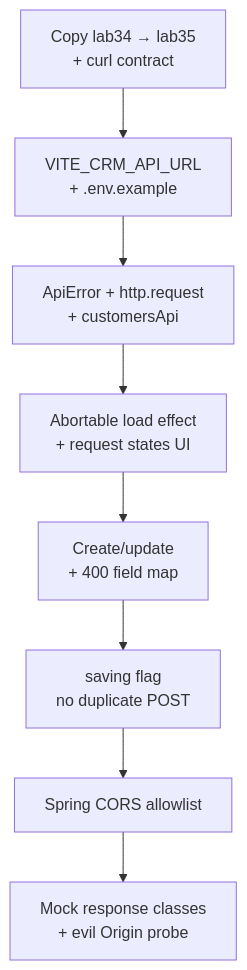
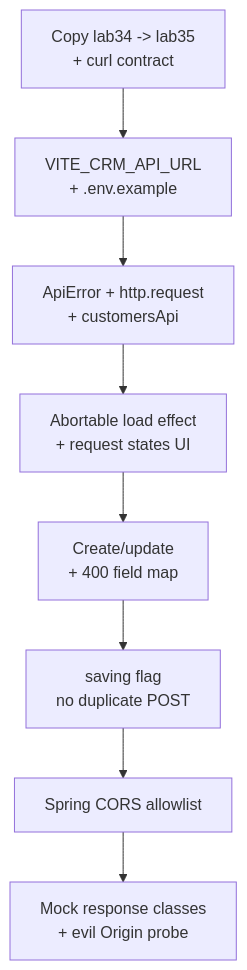
Before and after one commit to pupilliluke/bc-sw-engineer-java-participant: the second of 2 diagrams in labs/Week 4 - Kafka, React, PostgreSQL and Resilience/module-35/lab35/LAB-35-GUIDE.md, drawn with Mermaid. The commit also changed other lines of this file and 55 other files, not shown here.

Commit message:
Stop publishing local screenshots; harden Mermaid for GitHub; sync only tracked lab files.

````diff
--- a/labs/Week 4 - Kafka, React, PostgreSQL and Resilience/module-35/lab35/LAB-35-GUIDE.md
+++ b/labs/Week 4 - Kafka, React, PostgreSQL and Resilience/module-35/lab35/LAB-35-GUIDE.md
@@ -98,10 +98,10 @@
 ```mermaid
 flowchart TD
-    A["Copy lab34 → lab35<br/>+ curl contract"] --> B["VITE_CRM_API_URL<br/>+ .env.example"]
+    A["Copy lab34 -> lab35<br/>+ curl contract"] --> B["VITE_CRM_API_URL<br/>+ .env.example"]
     B --> C["ApiError + http.request<br/>+ customersApi"]
     C --> D["Abortable load effect<br/>+ request states UI"]
     D --> E["Create/update<br/>+ 400 field map"]
     E --> F["saving flag<br/>no duplicate POST"]
     F --> G["Spring CORS allowlist"]
     G --> H["Mock response classes<br/>+ evil Origin probe"]
 ```
````
